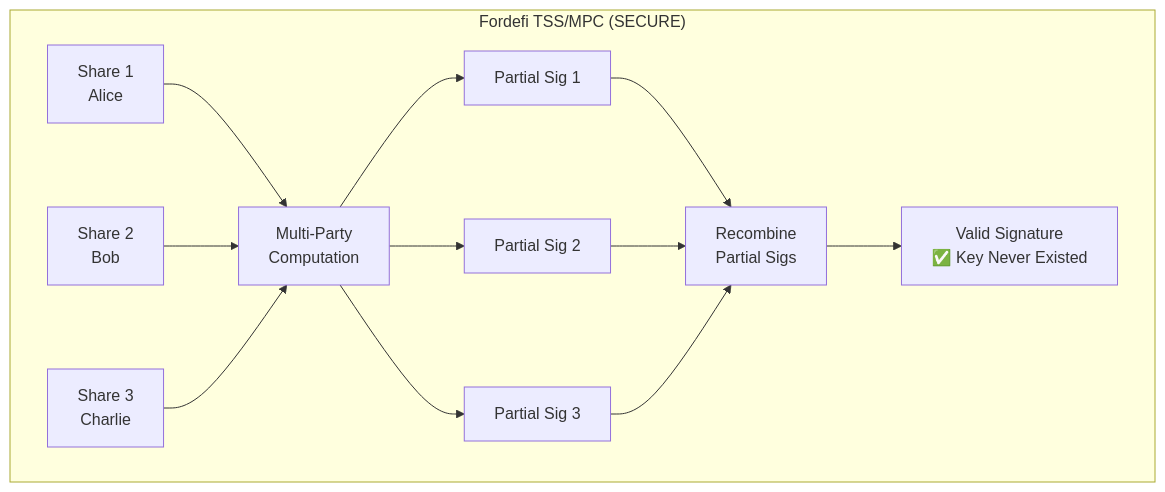
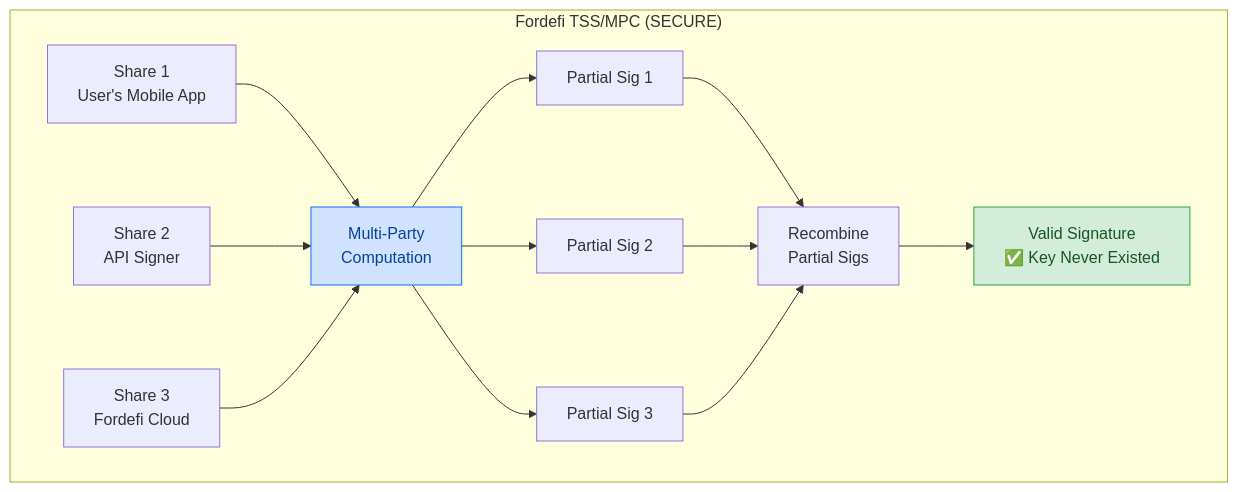
Before and after one commit to seedfourtytwo/fordefi: the diagram in diagram_2_tss_mpc.mmd, drawn with Mermaid. The commit also changed 1 other file, not shown here.

Commit message:
Update TSS diagram with real share types and improve color contrast

```diff
--- a/diagram_2_tss_mpc.mmd
+++ b/diagram_2_tss_mpc.mmd
@@ -1,13 +1,16 @@
 graph TB
     subgraph "Fordefi TSS/MPC (SECURE)"
-        B1[Share 1<br/>Alice] --> MPC[Multi-Party<br/>Computation]
-        B2[Share 2<br/>Bob] --> MPC
-        B3[Share 3<br/>Charlie] --> MPC
+        B1[Share 1<br/>User's Mobile App] --> MPC[Multi-Party<br/>Computation]
+        B2[Share 2<br/>API Signer] --> MPC
+        B3[Share 3<br/>Fordefi Cloud] --> MPC
         MPC --> Partial1[Partial Sig 1]
         MPC --> Partial2[Partial Sig 2]
         MPC --> Partial3[Partial Sig 3]
         Partial1 --> Combine2[Recombine<br/>Partial Sigs]
         Partial2 --> Combine2
         Partial3 --> Combine2
         Combine2 --> Sig2[Valid Signature<br/>✅ Key Never Existed]
     end
+    
+    style Sig2 fill:#d4edda,stroke:#28a745,color:#155724
+    style MPC fill:#cfe2ff,stroke:#0d6efd,color:#084298
```
